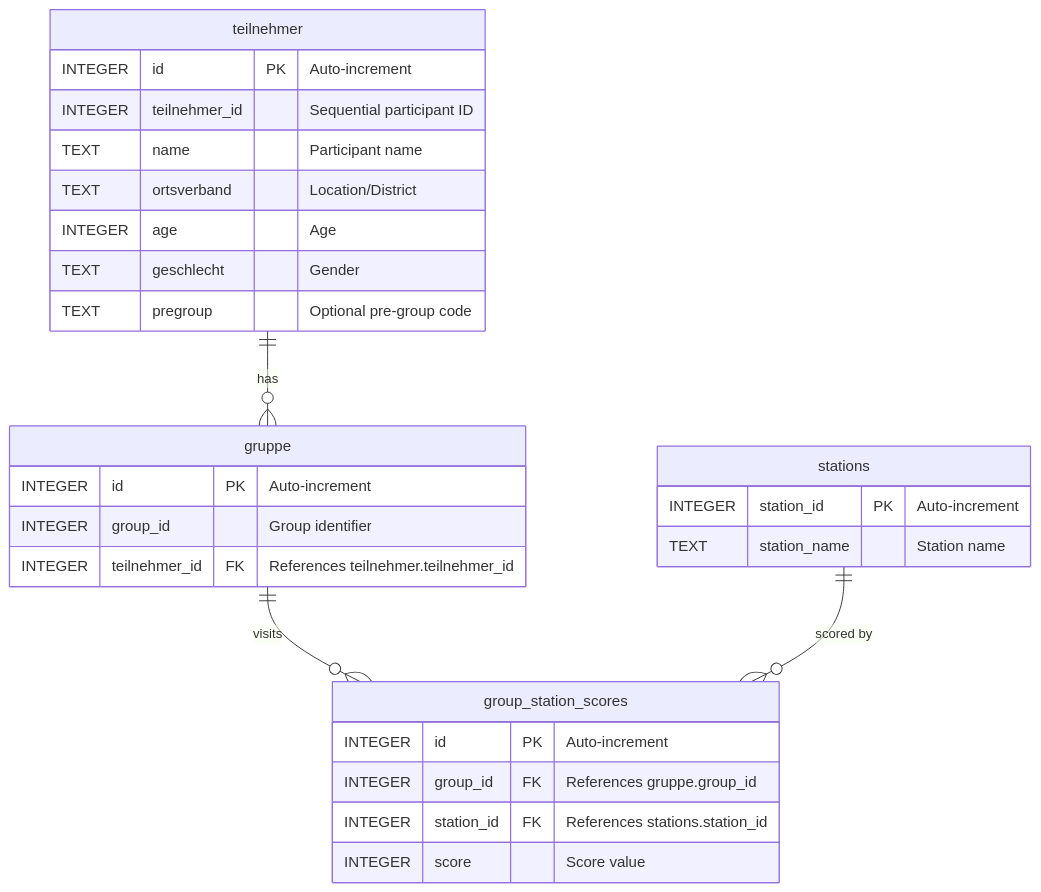
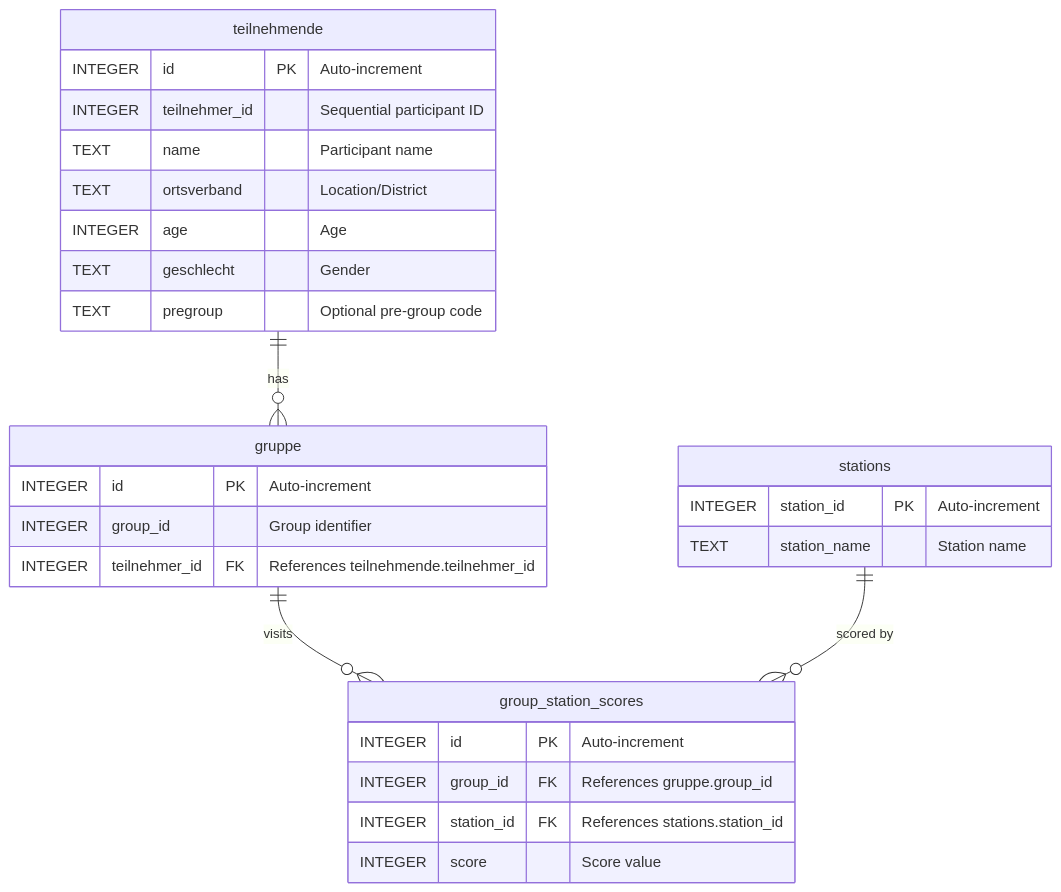
Before and after one commit to saskia-peters/experiment1: the diagram in documentation/README_DEVELOPER.md, drawn with Mermaid. The commit also changed other lines of this file and 5 other files, not shown here.

````diff
--- a/documentation/README_DEVELOPER.md
+++ b/documentation/README_DEVELOPER.md
@@ -176,34 +176,34 @@
 ```mermaid
 erDiagram
-    teilnehmer ||--o{ gruppe : "has"
+    teilnehmende ||--o{ gruppe : "has"
     gruppe ||--o{ group_station_scores : "visits"
     stations ||--o{ group_station_scores : "scored by"
 
-    teilnehmer {
+    teilnehmende {
         INTEGER id PK "Auto-increment"
         INTEGER teilnehmer_id "Sequential participant ID"
         TEXT name "Participant name"
         TEXT ortsverband "Location/District"
         INTEGER age "Age"
         TEXT geschlecht "Gender"
         TEXT pregroup "Optional pre-group code"
     }
 
     gruppe {
         INTEGER id PK "Auto-increment"
         INTEGER group_id "Group identifier"
-        INTEGER teilnehmer_id FK "References teilnehmer.teilnehmer_id"
+        INTEGER teilnehmer_id FK "References teilnehmende.teilnehmer_id"
     }
 
     stations {
         INTEGER station_id PK "Auto-increment"
         TEXT station_name "Station name"
     }
 
     group_station_scores {
         INTEGER id PK "Auto-increment"
         INTEGER group_id FK "References gruppe.group_id"
         INTEGER station_id FK "References stations.station_id"
         INTEGER score "Score value"
     }
 ```
````
